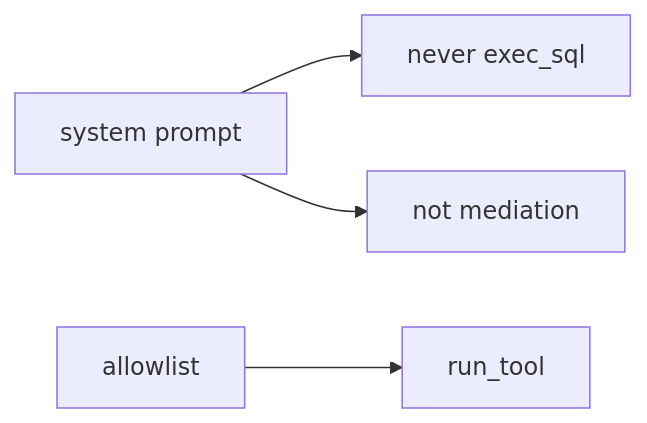
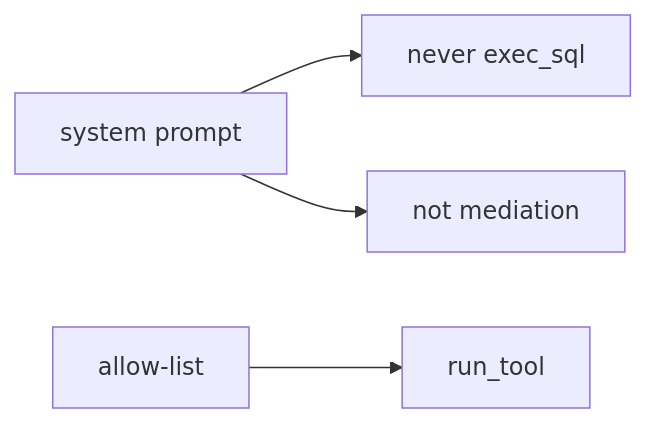
One commit to ishitvagoel/LearnSecurity changed the second of 2 diagrams in content/modules/e/E1/lessons/01-property.md. Above: the diagram before and after it, drawn with Mermaid. The commit also changed other lines of this file and 55 other files, not shown here.

````diff
--- a/content/modules/e/E1/lessons/01-property.md
+++ b/content/modules/e/E1/lessons/01-property.md
@@ -30,6 +31,6 @@
 ```mermaid
 flowchart LR
   Prompt[system prompt] --> Belief[never exec_sql]
-  Runtime[allowlist] --> TCB[run_tool]
+  Runtime[allow-list] --> TCB[run_tool]
   Prompt --> NotTcb[not mediation]
 ```
````
